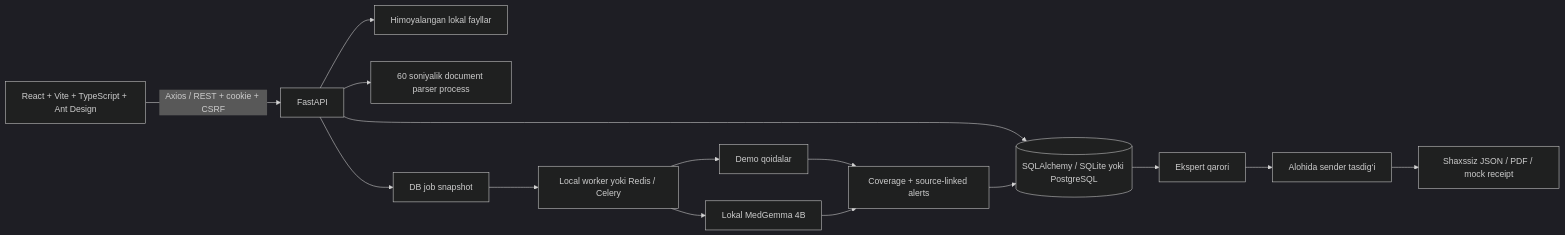
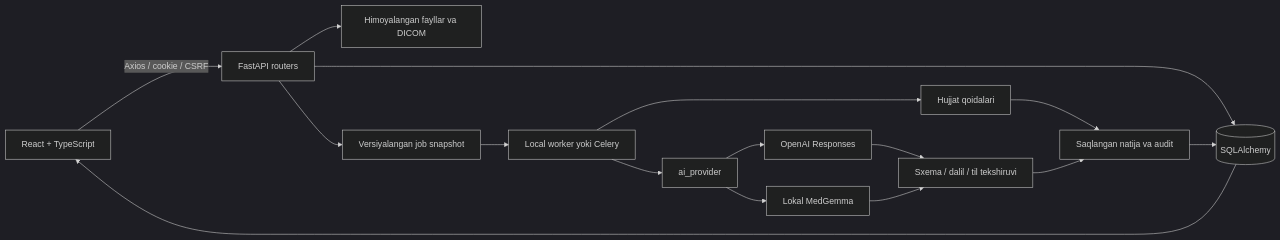
One commit to alibek-jumaniyazov/Aniq_Tashxis_AI changed the diagram in docs/ARCHITECTURE.md. Above: the diagram before and after it, drawn with Mermaid (dark theme). The commit also changed other lines of this file and 236 other files, not shown here.

````diff
--- a/docs/ARCHITECTURE.md
+++ b/docs/ARCHITECTURE.md
@@ -3,17 +5,18 @@
 ```mermaid
 flowchart LR
-  UI[React + Vite + TypeScript + Ant Design] -->|Axios / REST + cookie + CSRF| API[FastAPI]
-  API --> DB[(SQLAlchemy / SQLite yoki PostgreSQL)]
-  API --> FILES[Himoyalangan lokal fayllar]
-  API --> PARSE[60 soniyalik document parser process]
-  API --> JOB[DB job snapshot]
-  JOB --> QUEUE[Local worker yoki Redis / Celery]
-  QUEUE --> RULE[Demo qoidalar]
-  QUEUE --> AI[Lokal MedGemma 4B]
-  RULE --> RESULT[Coverage + source-linked alerts]
-  AI --> RESULT
+  UI[React + TypeScript] -->|Axios / cookie / CSRF| API[FastAPI routers]
+  API --> DB[(SQLAlchemy)]
+  API --> FILES[Himoyalangan fayllar va DICOM]
+  API --> JOB[Versiyalangan job snapshot]
+  JOB --> WORKER[Local worker yoki Celery]
+  WORKER --> RULE[Hujjat qoidalari]
+  WORKER --> PROVIDER[ai_provider]
+  PROVIDER --> GPT[OpenAI Responses]
+  PROVIDER --> LOCAL[Lokal MedGemma]
+  GPT --> VALIDATE[Sxema / dalil / til tekshiruvi]
+  LOCAL --> VALIDATE
+  RULE --> RESULT[Saqlangan natija va audit]
+  VALIDATE --> RESULT
   RESULT --> DB
-  DB --> EXPERT[Ekspert qarori]
-  EXPERT --> SENDER[Alohida sender tasdig‘i]
-  SENDER --> EXPORT[Shaxssiz JSON / PDF / mock receipt]
+  DB --> UI
 ```
````
